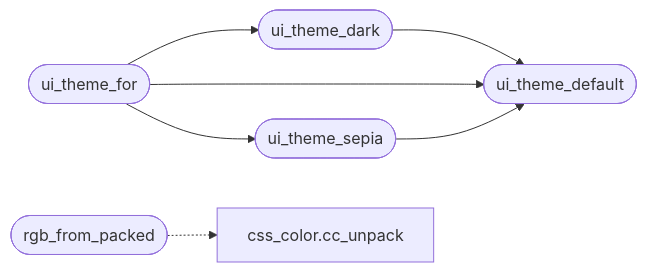
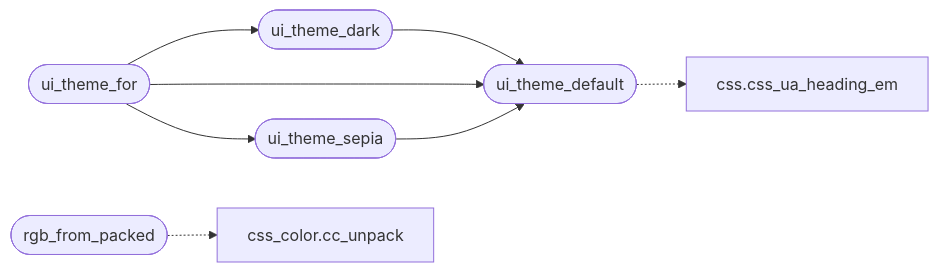
Before and after one commit to grisuno/FreeDom: the diagram in readmenator-apidocs/modules/gui.bui_theme.c.md, drawn with Mermaid. The commit also changed other lines of this file and 1370 other files, not shown here.

````diff
--- a/readmenator-apidocs/modules/gui.bui_theme.c.md
+++ b/readmenator-apidocs/modules/gui.bui_theme.c.md
@@ -13,15 +13,17 @@
 ```mermaid
 flowchart LR
     n_gui_bui_theme_c__ui_theme_dark(["ui_theme_dark"])
     n_gui_bui_theme_c__ui_theme_default(["ui_theme_default"])
     n_gui_bui_theme_c__ui_theme_sepia(["ui_theme_sepia"])
     n_gui_bui_theme_c__ui_theme_for(["ui_theme_for"])
+    n_include_css_h__css_ua_heading_em["css.css_ua_heading_em"]
     n_gui_bui_theme_c__rgb_from_packed(["rgb_from_packed"])
     n_src_css_color_c__cc_unpack["css_color.cc_unpack"]
     n_gui_bui_theme_c__ui_theme_dark --> n_gui_bui_theme_c__ui_theme_default
     n_gui_bui_theme_c__ui_theme_sepia --> n_gui_bui_theme_c__ui_theme_default
     n_gui_bui_theme_c__ui_theme_for --> n_gui_bui_theme_c__ui_theme_dark
     n_gui_bui_theme_c__ui_theme_for --> n_gui_bui_theme_c__ui_theme_default
     n_gui_bui_theme_c__ui_theme_for --> n_gui_bui_theme_c__ui_theme_sepia
+    n_gui_bui_theme_c__ui_theme_default -.-> n_include_css_h__css_ua_heading_em
     n_gui_bui_theme_c__rgb_from_packed -.-> n_src_css_color_c__cc_unpack
 ```
````
